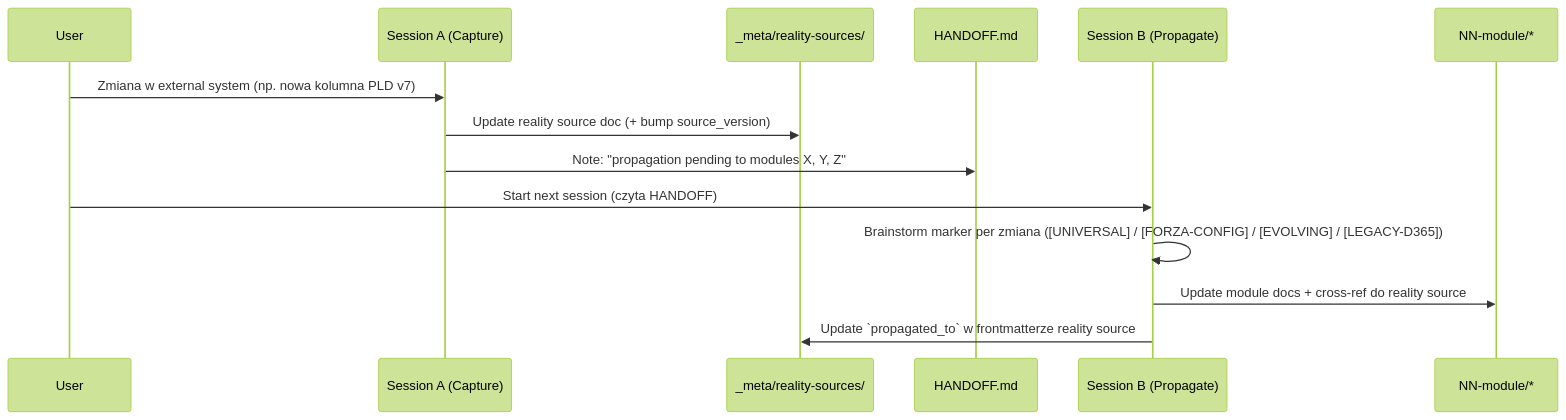
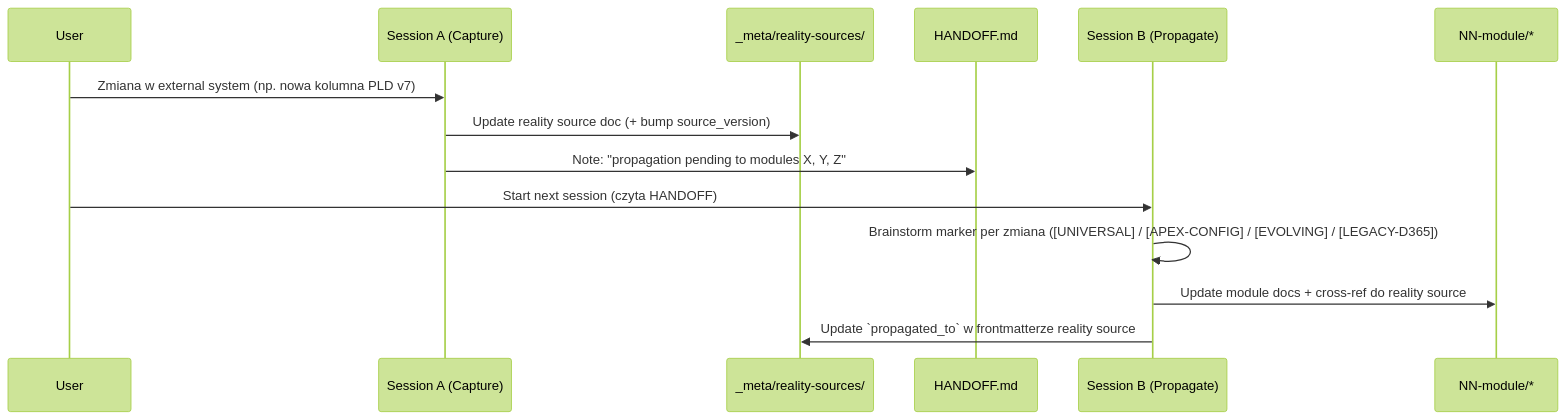
The diagram in _foundation/patterns/REALITY-SYNC.md (CoderMariusz/monopilot-kira), drawn with Mermaid (forest theme) before and after one commit. The commit also changed other lines of this file and 195 other files, not shown here.

````diff
--- a/_foundation/patterns/REALITY-SYNC.md
+++ b/_foundation/patterns/REALITY-SYNC.md
@@ -53,17 +53,17 @@
 ```mermaid
 sequenceDiagram
     participant User
     participant SessionA as Session A (Capture)
     participant Reality as _meta/reality-sources/
     participant Handoff as HANDOFF.md
     participant SessionB as Session B (Propagate)
     participant Module as NN-module/*
 
     User->>SessionA: Zmiana w external system (np. nowa kolumna PLD v7)
     SessionA->>Reality: Update reality source doc (+ bump source_version)
     SessionA->>Handoff: Note: "propagation pending to modules X, Y, Z"
     User->>SessionB: Start next session (czyta HANDOFF)
-    SessionB->>SessionB: Brainstorm marker per zmiana ([UNIVERSAL] / [FORZA-CONFIG] / [EVOLVING] / [LEGACY-D365])
+    SessionB->>SessionB: Brainstorm marker per zmiana ([UNIVERSAL] / [APEX-CONFIG] / [EVOLVING] / [LEGACY-D365])
     SessionB->>Module: Update module docs + cross-ref do reality source
     SessionB->>Reality: Update `propagated_to` w frontmatterze reality source
 ```
````
